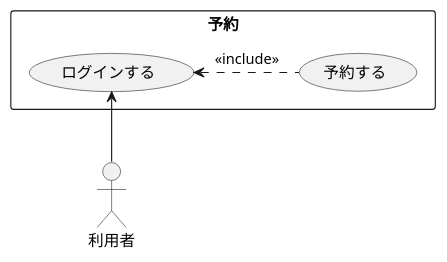
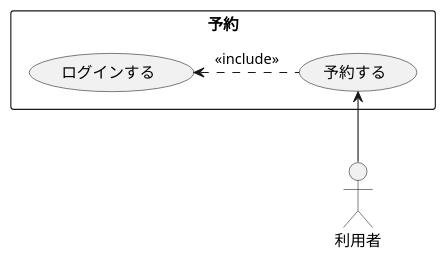
The diagram in 演習2-3_ホテル宿泊予約.pu (tomatocafe123/uml_introduction), drawn with PlantUML before and after one commit. The commit also changed 1 other file, not shown here.

```diff
--- a/演習2-3_ホテル宿泊予約.pu
+++ b/演習2-3_ホテル宿泊予約.pu
@@ -1,8 +1,8 @@
 @startuml ユースケース図
 rectangle 予約{
     usecase ログインする
     usecase 予約する
 }
-ログインする <-- 利用者 
+予約する <-- 利用者 
 ログインする <. 予約する : <<include>>
 @enduml
```
